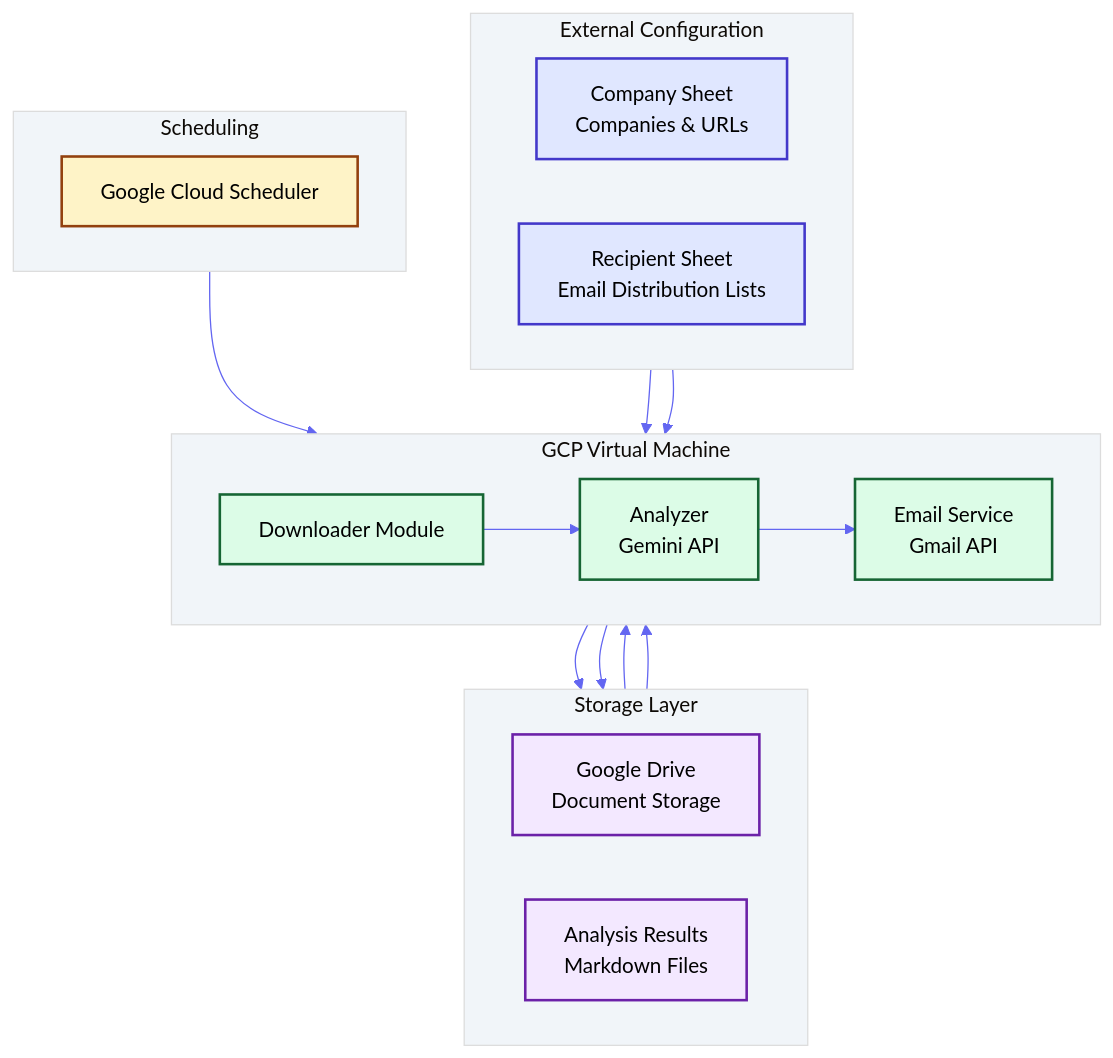
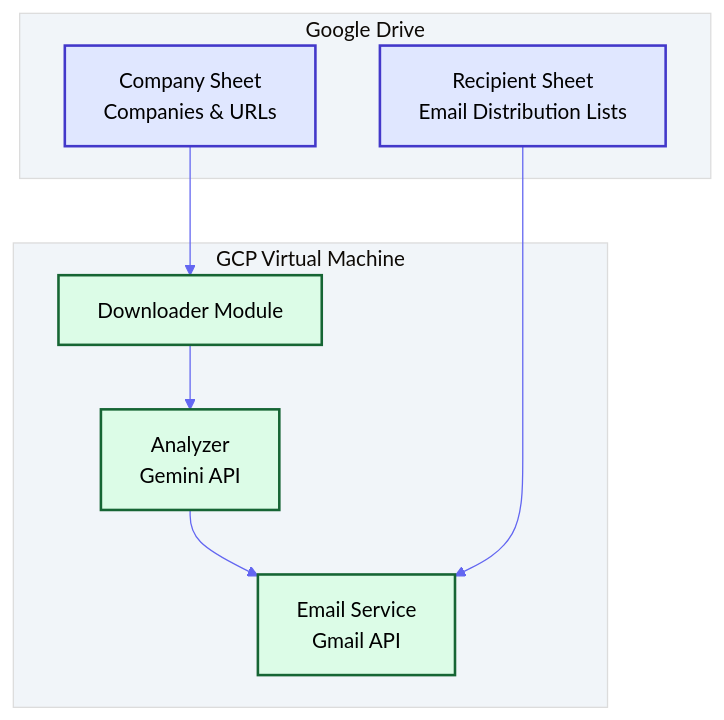
One commit to aimlllm/gemini_agent changed the first of 2 diagrams in README.md. Above: the diagram before and after it, drawn with Mermaid.

````diff
--- a/README.md
+++ b/README.md
@@ -18,59 +18,45 @@
 ```mermaid
 %%{init: {
   'theme': 'base',
   'themeVariables': {
     'primaryColor': '#4F46E5',
     'primaryTextColor': '#000000',
     'primaryBorderColor': '#4338CA',
     'lineColor': '#6366F1',
     'secondaryColor': '#E2E8F0',
     'tertiaryColor': '#F1F5F9',
     'textColor': '#000000',
     'mainBkg': '#ffffff'
   }
 }}%%
 graph TB
-    subgraph "External Configuration"
-        direction LR
-        CS[Company Sheet<br>Companies & URLs]
-        RS[Recipient Sheet<br>Email Distribution Lists]
-    end
-
-    subgraph "GCP Virtual Machine"
-        direction LR
+    %% Google Drive Spreadsheets
+    CS[Company Sheet<br>Companies & URLs]
+    RS[Recipient Sheet<br>Email Distribution Lists]
+    
+    %% GCP Virtual Machine components
+    subgraph VM["GCP Virtual Machine"]
         DL[Downloader Module]
         AN[Analyzer<br>Gemini API]
         ES[Email Service<br>Gmail API]
         DL --> AN --> ES
     end
-
-    subgraph "Storage Layer"
-        direction LR
-        GD[Google Drive<br>Document Storage]
-        AR[Analysis Results<br>Markdown Files]
+    
+    %% Google Drive container for spreadsheets only
+    subgraph GD["Google Drive"]
+        CS
+        RS
     end
-
-    subgraph "Scheduling"
-        direction LR
-        GCS[Google Cloud Scheduler]
-    end
-
+    
+    %% Connections
     CS --> DL
     RS --> ES
-    DL --> GD
-    GD --> AN
-    AN --> AR
-    GCS --> DL
-    AR --> ES
-
+    
+    %% Styling
     classDef default fill:#F8FAFC,stroke:#475569,stroke-width:2px
     classDef config fill:#E0E7FF,stroke:#4338CA,stroke-width:2px
     classDef compute fill:#DCFCE7,stroke:#166534,stroke-width:2px
-    classDef storage fill:#F3E8FF,stroke:#6B21A8,stroke-width:2px
-    classDef schedule fill:#FEF3C7,stroke:#92400E,stroke-width:2px
     
     class CS,RS config
     class DL,AN,ES compute
-    class GD,AR storage
-    class GCS schedule
 ```
````
